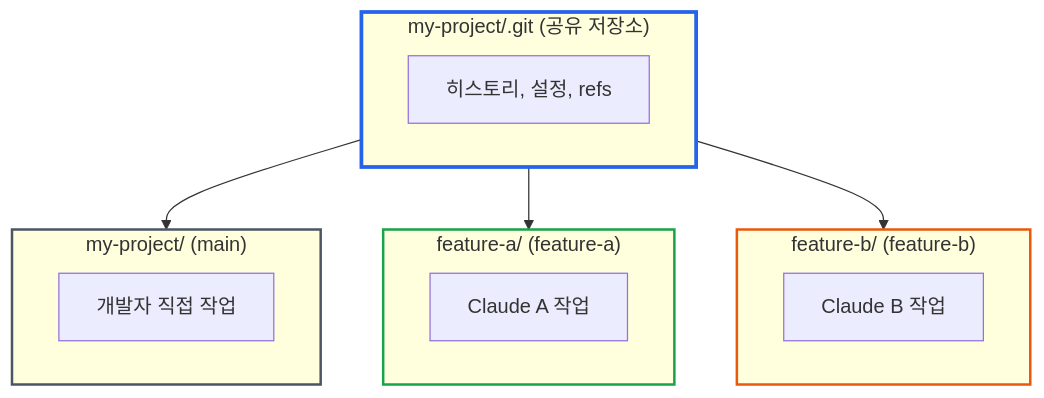
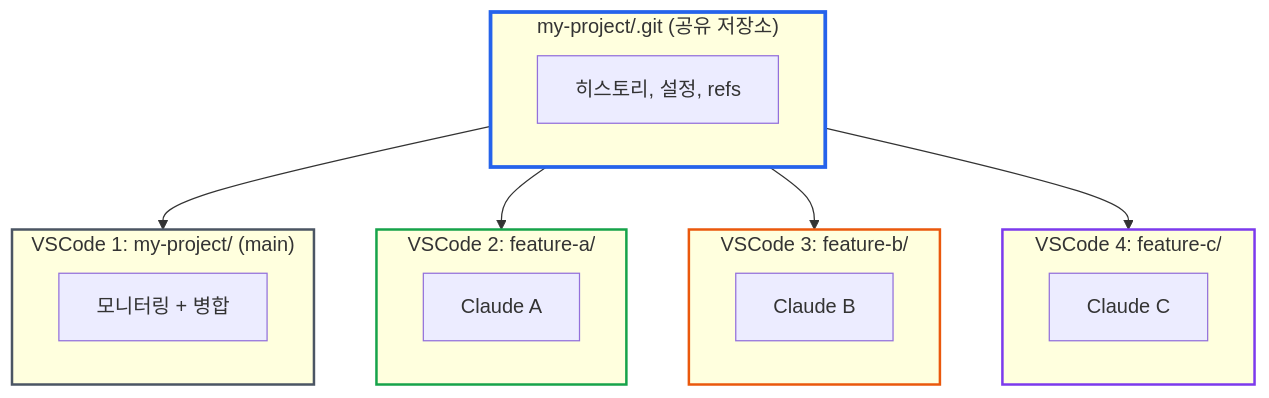
The diagram in 2025/12/28/git-worktree-multi-agent-tutorial.md (imprun/blogs), drawn with Mermaid before and after one commit. The commit also changed other lines of this file, not shown here.

Commit message:
docs: refactor git worktree blog for Claude Code workflow

````diff
--- a/2025/12/28/git-worktree-multi-agent-tutorial.md
+++ b/2025/12/28/git-worktree-multi-agent-tutorial.md
@@ -427,27 +196,33 @@
 ```mermaid
 graph TB
     subgraph GIT["my-project/.git (공유 저장소)"]
         HISTORY["히스토리, 설정, refs"]
     end
 
-    subgraph WT1["my-project/ (main)"]
-        DEV["개발자 직접 작업"]
+    subgraph WT1["VSCode 1: my-project/ (main)"]
+        DEV["모니터링 + 병합"]
     end
 
-    subgraph WT2["feature-a/ (feature-a)"]
-        CLAUDE_A["Claude A 작업"]
+    subgraph WT2["VSCode 2: feature-a/"]
+        CLAUDE_A["Claude A"]
     end
 
-    subgraph WT3["feature-b/ (feature-b)"]
-        CLAUDE_B["Claude B 작업"]
+    subgraph WT3["VSCode 3: feature-b/"]
+        CLAUDE_B["Claude B"]
+    end
+
+    subgraph WT4["VSCode 4: feature-c/"]
+        CLAUDE_C["Claude C"]
     end
 
     GIT --> WT1
     GIT --> WT2
     GIT --> WT3
+    GIT --> WT4
 
     style GIT stroke:#2563eb,stroke-width:3px
     style WT1 stroke:#4b5563,stroke-width:2px
     style WT2 stroke:#16a34a,stroke-width:2px
     style WT3 stroke:#ea580c,stroke-width:2px
+    style WT4 stroke:#7c3aed,stroke-width:2px
 ```
````
